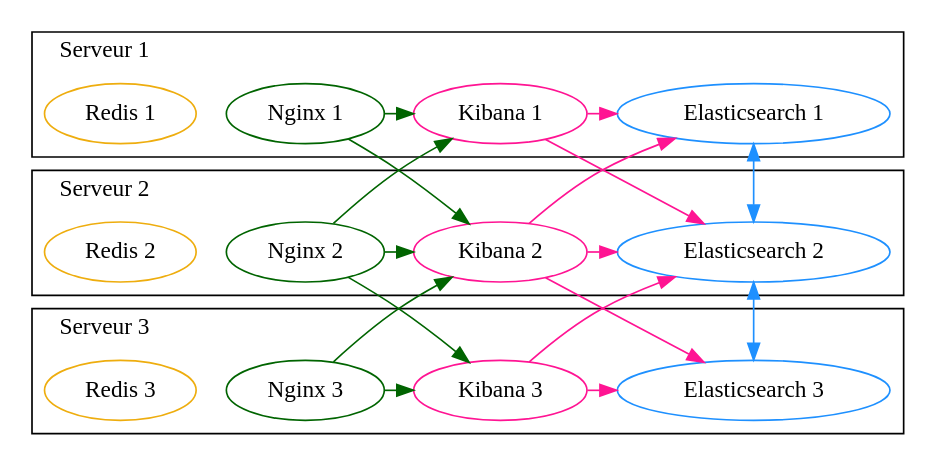
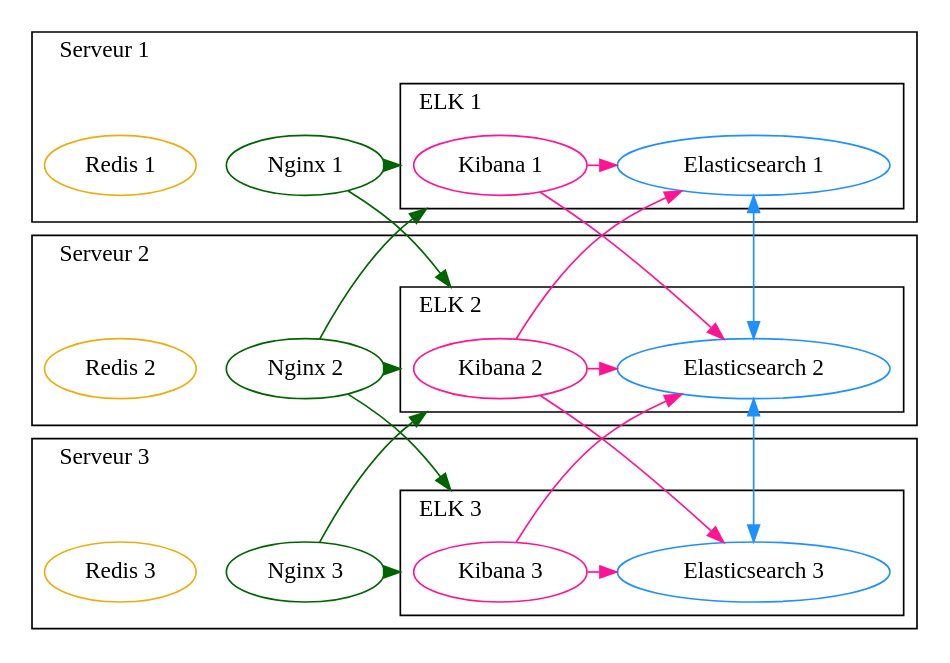
Before and after one commit to Transrian/bd71-courses: the second of 3 diagrams in schemas.md, drawn with Graphviz. The commit also changed other lines of this file, not shown here.

Commit message:
Updated schemas

````diff
--- a/schemas.md
+++ b/schemas.md
@@ -42,53 +42,71 @@
 ```dot {engine="dot"}
 digraph f {  
-    #compound=true
+    compound=true
 
     "Elasticsearch 1" -> "Elasticsearch 2" [dir=both, color=dodgerblue1]
     "Elasticsearch 2" -> "Elasticsearch 3" [dir=both, color=dodgerblue1]
     "Kibana 1" -> "Elasticsearch 1" [constraint=false, color=deeppink]
     "Kibana 2" -> "Elasticsearch 1" [constraint=false, color=deeppink]
     "Kibana 1" -> "Elasticsearch 2" [constraint=false, color=deeppink]
     "Kibana 2" -> "Elasticsearch 2" [constraint=false, color=deeppink]
     "Kibana 3" -> "Elasticsearch 2" [constraint=false, color=deeppink]
     "Kibana 2" -> "Elasticsearch 3" [constraint=false, color=deeppink]
     "Kibana 3" -> "Elasticsearch 3" [constraint=false, color=deeppink]
-    "Nginx 1" -> "Kibana 1" [constraint=false, color=darkgreen]
-    "Nginx 2" -> "Kibana 1" [constraint=false, color=darkgreen]
-    "Nginx 1" -> "Kibana 2" [constraint=false, color=darkgreen]
-    "Nginx 2" -> "Kibana 2" [constraint=false, color=darkgreen]
-    "Nginx 3" -> "Kibana 2" [constraint=false, color=darkgreen]
-    "Nginx 2" -> "Kibana 3" [constraint=false, color=darkgreen]
-    "Nginx 3" -> "Kibana 3" [constraint=false, color=darkgreen]
+    "Nginx 1" -> "Kibana 1" [constraint=false, color=darkgreen, lhead="cluster_elk_server_1"]
+    "Nginx 2" -> "Kibana 1" [constraint=false, color=darkgreen, lhead="cluster_elk_server_1"]
+    "Nginx 1" -> "Kibana 2" [constraint=false, color=darkgreen, lhead="cluster_elk_server_2"]
+    "Nginx 2" -> "Kibana 2" [constraint=false, color=darkgreen, lhead="cluster_elk_server_2"]
+    "Nginx 3" -> "Kibana 2" [constraint=false, color=darkgreen, lhead="cluster_elk_server_2"]
+    "Nginx 2" -> "Kibana 3" [constraint=false, color=darkgreen, lhead="cluster_elk_server_3"]
+    "Nginx 3" -> "Kibana 3" [constraint=false, color=darkgreen, lhead="cluster_elk_server_3"]
 
    subgraph cluster_server_1 {
         label="Serveur 1"
         labeljust="l"
         "Kibana 1" [color=deeppink]
         "Nginx 1" [color=darkgreen]
         "Redis 1" [color=darkgoldenrod2]
         "Elasticsearch 1" [color=dodgerblue1]
+
+        subgraph cluster_elk_server_1 {
+            label="ELK 1"
+            "Kibana 1"
+            "Elasticsearch 1"
+        }
     }
 
     subgraph cluster_server_2 {
         label="Serveur 2"
         labeljust="l"
         "Kibana 2" [color=deeppink]
         "Nginx 2" [color=darkgreen]
         "Redis 2" [color=darkgoldenrod2]
         "Elasticsearch 2" [color=dodgerblue1]
+
+        subgraph cluster_elk_server_2 {
+            label="ELK 2"
+            "Kibana 2"
+            "Elasticsearch 2"
+        }
     }
 
     subgraph cluster_server_3 {
         label="Serveur 3"
         labeljust="l"
         "Kibana 3" [color=deeppink]
         "Nginx 3" [color=darkgreen]
         "Redis 3" [color=darkgoldenrod2]
         "Elasticsearch 3" [color=dodgerblue1]
+
+        subgraph cluster_elk_server_3 {
+            label="ELK 3"
+            "Kibana 3"
+            "Elasticsearch 3"
+        }
     }
 
     #{rank=same; "Serveur 1"; "Serveur 2"; "Serveur 3";}
 
 
 }
 ```
````
